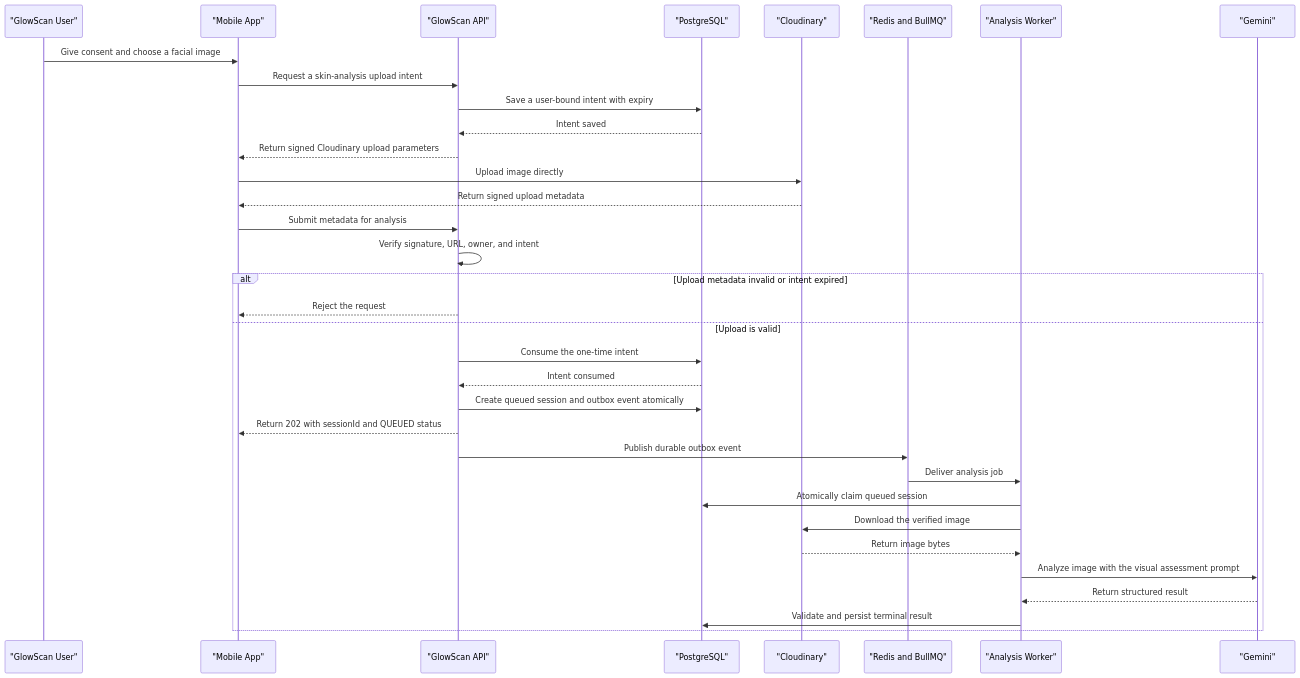
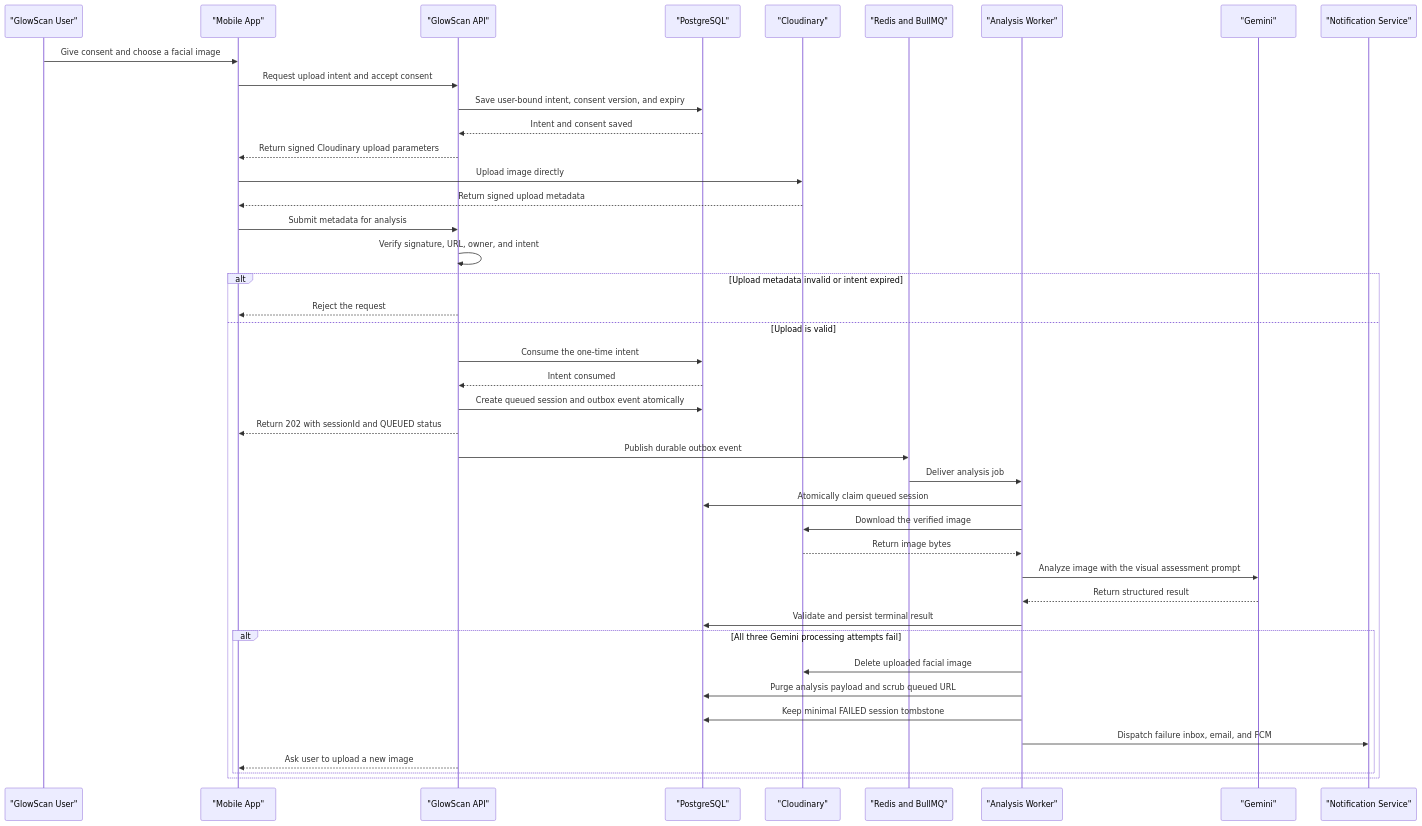
Before and after one commit to PawPasta/glownscan_be: the diagram in docs/business/Skin-Analysis.md, drawn with Mermaid. The commit also changed other lines of this file and 67 other files, not shown here.

Commit message:
feat: harden auth and analysis consent lifecycle

````diff
--- a/docs/business/Skin-Analysis.md
+++ b/docs/business/Skin-Analysis.md
@@ -88,37 +112,45 @@
 ```mermaid
 sequenceDiagram
     participant User as "GlowScan User"
     participant App as "Mobile App"
     participant API as "GlowScan API"
     participant DB as "PostgreSQL"
     participant Cloud as "Cloudinary"
     participant Redis as "Redis and BullMQ"
     participant Worker as "Analysis Worker"
     participant Gemini as "Gemini"
+    participant Notify as "Notification Service"
 
     User->>App: Give consent and choose a facial image
-    App->>API: Request a skin-analysis upload intent
-    API->>DB: Save a user-bound intent with expiry
-    DB-->>API: Intent saved
+    App->>API: Request upload intent and accept consent
+    API->>DB: Save user-bound intent, consent version, and expiry
+    DB-->>API: Intent and consent saved
     API-->>App: Return signed Cloudinary upload parameters
     App->>Cloud: Upload image directly
     Cloud-->>App: Return signed upload metadata
     App->>API: Submit metadata for analysis
     API->>API: Verify signature, URL, owner, and intent
     alt Upload metadata invalid or intent expired
         API-->>App: Reject the request
     else Upload is valid
         API->>DB: Consume the one-time intent
         DB-->>API: Intent consumed
         API->>DB: Create queued session and outbox event atomically
         API-->>App: Return 202 with sessionId and QUEUED status
         API->>Redis: Publish durable outbox event
         Redis->>Worker: Deliver analysis job
         Worker->>DB: Atomically claim queued session
         Worker->>Cloud: Download the verified image
         Cloud-->>Worker: Return image bytes
         Worker->>Gemini: Analyze image with the visual assessment prompt
         Gemini-->>Worker: Return structured result
         Worker->>DB: Validate and persist terminal result
+        alt All three Gemini processing attempts fail
+            Worker->>Cloud: Delete uploaded facial image
+            Worker->>DB: Purge analysis payload and scrub queued URL
+            Worker->>DB: Keep minimal FAILED session tombstone
+            Worker->>Notify: Dispatch failure inbox, email, and FCM
+            API-->>App: Ask user to upload a new image
+        end
     end
 ```
````
